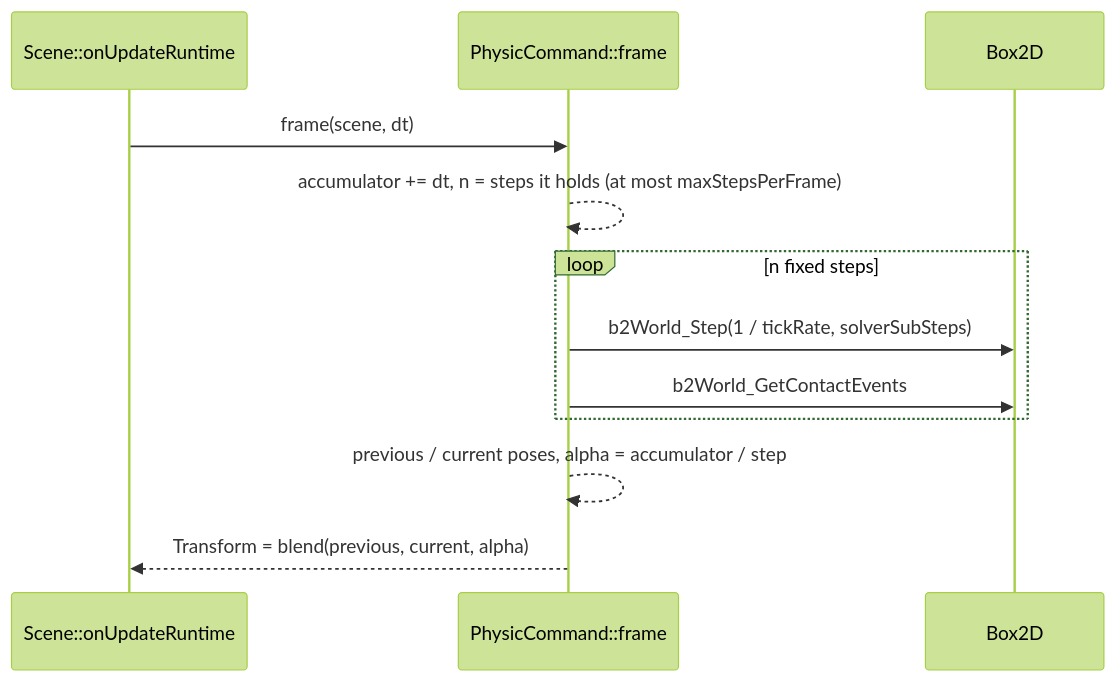
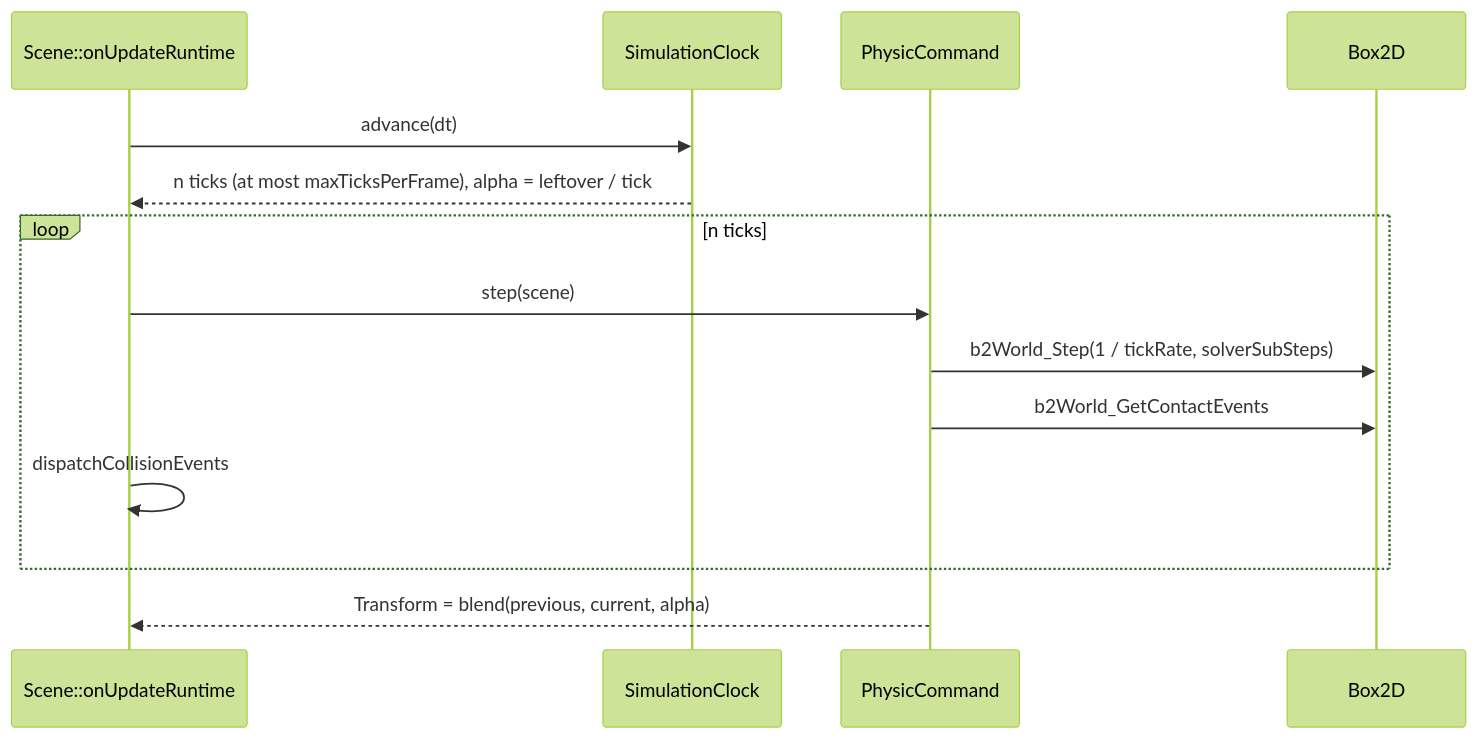
The second of 3 diagrams in doc/pages/physics.md (Silmaen/Owl), drawn with Mermaid (forest theme) before and after one commit. The commit also changed other lines of this file and 51 other files, not shown here.

First line of the commit message:
Add a fixed simulation tick driving on_tick and the physics steps (#245)

````diff
--- a/doc/pages/physics.md
+++ b/doc/pages/physics.md
@@ -182,14 +187,16 @@
 ```mermaid
 sequenceDiagram
     participant S as Scene::onUpdateRuntime
-    participant P as PhysicCommand::frame
+    participant C as SimulationClock
+    participant P as PhysicCommand
     participant B as Box2D
-    S->>P: frame(scene, dt)
-    P-->>P: accumulator += dt, n = steps it holds (at most maxStepsPerFrame)
-    loop n fixed steps
+    S->>C: advance(dt)
+    C-->>S: n ticks (at most maxTicksPerFrame), alpha = leftover / tick
+    loop n ticks
+        S->>P: step(scene)
         P->>B: b2World_Step(1 / tickRate, solverSubSteps)
         P->>B: b2World_GetContactEvents
+        S->>S: dispatchCollisionEvents
     end
-    P-->>P: previous / current poses, alpha = accumulator / step
     P-->>S: Transform = blend(previous, current, alpha)
 ```
````
